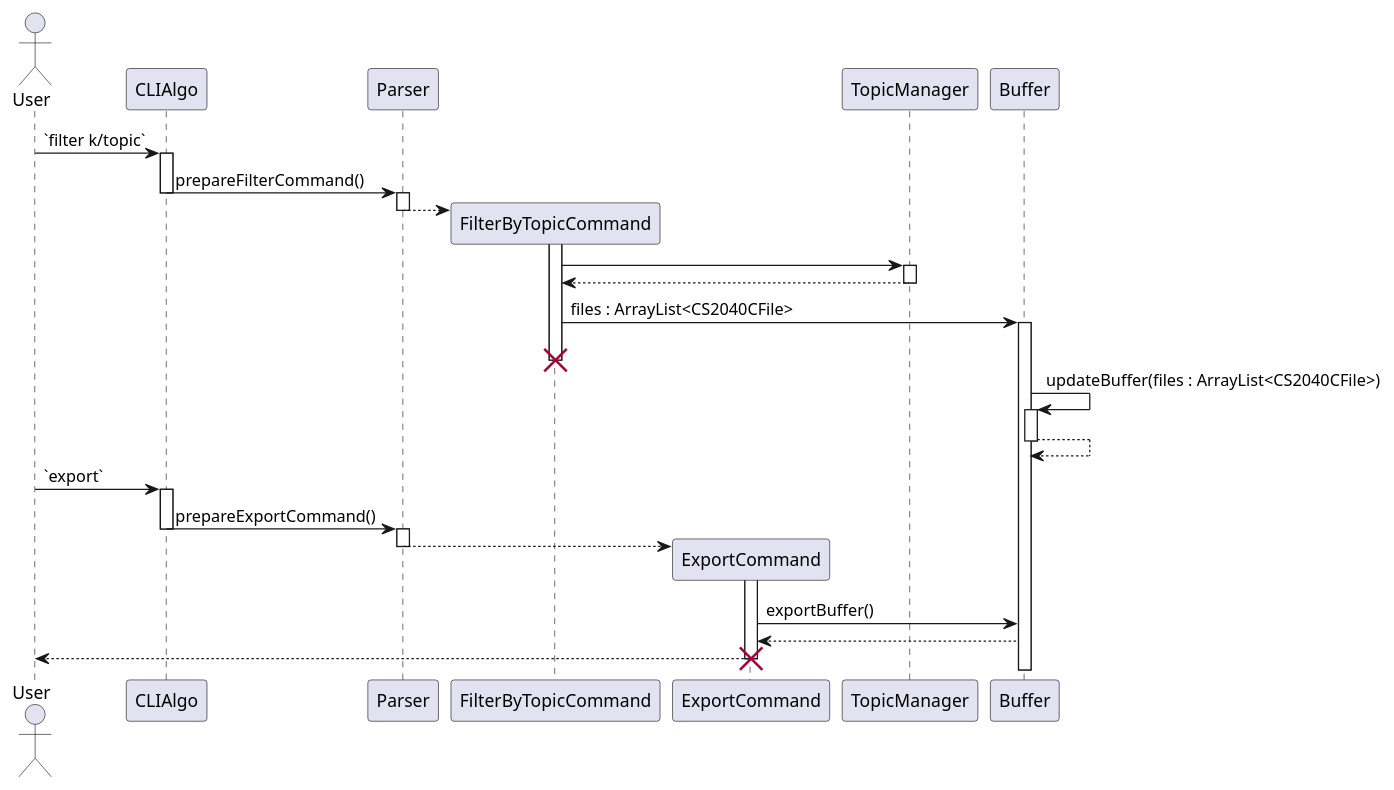
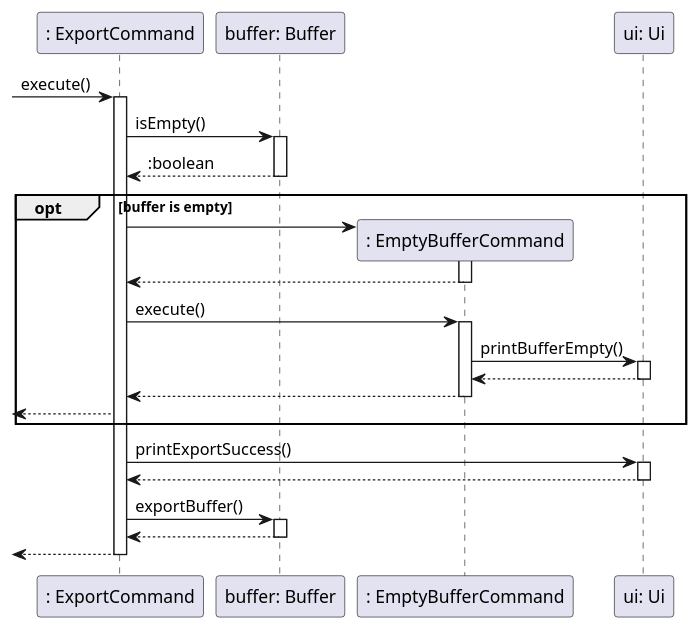
The diagram in docs/sequence-diagrams/source-files/Export.puml (ong-ck/tp), drawn with PlantUML before and after one commit. The commit also changed 12 other files, not shown here.

Commit message:
Change sequence diagrams to show objects instead of classes

```diff
--- a/docs/sequence-diagrams/source-files/Export.puml
+++ b/docs/sequence-diagrams/source-files/Export.puml
@@ -1,44 +1,36 @@
 @startuml
 
-actor User as u
-participant CLIAlgo as cli
-participant Parser as p
-participant FilterByTopicCommand as fc
-participant ExportCommand as ec
-participant TopicManager as tm
-participant Buffer as b
+participant ": ExportCommand" as ExportCommand
+participant "buffer: Buffer" as Buffer
+participant ": EmptyBufferCommand" as EmptyBufferCommand
+participant "ui: Ui" as Ui
 
-u -> cli : `filter k/topic`
-activate cli
-cli -> p : prepareFilterCommand()
-deactivate cli
-activate p
-p --> fc **
-activate fc
-deactivate p
-fc -> tm
-activate tm
-tm --> fc
-deactivate tm
-fc -> b : files : ArrayList<CS2040CFile>
-activate b
-destroy fc
-b -> b : updateBuffer(files : ArrayList<CS2040CFile>)
-activate b
-b --> b
-deactivate b
-u -> cli : `export`
-activate cli
-cli -> p : prepareExportCommand()
-deactivate cli
-activate p
-p --> ec **
-activate ec
-deactivate p
-ec -> b : exportBuffer()
-b --> ec
-ec --> u
-destroy ec
+-> ExportCommand: execute()
+activate ExportCommand
+    ExportCommand -> Buffer: isEmpty()
+    activate Buffer
+    return :boolean
 
+    opt buffer is empty
+        ExportCommand -> EmptyBufferCommand **
+        activate EmptyBufferCommand
+        return
+
+        ExportCommand -> EmptyBufferCommand: execute()
+        activate EmptyBufferCommand
+            EmptyBufferCommand -> Ui: printBufferEmpty()
+            activate Ui
+            return
+        return
+        <-- ExportCommand
+    end
+
+    ExportCommand -> Ui: printExportSuccess()
+    activate Ui
+    return
+    ExportCommand -> Buffer: exportBuffer()
+    activate Buffer
+    return
+return
 
 @enduml
```
